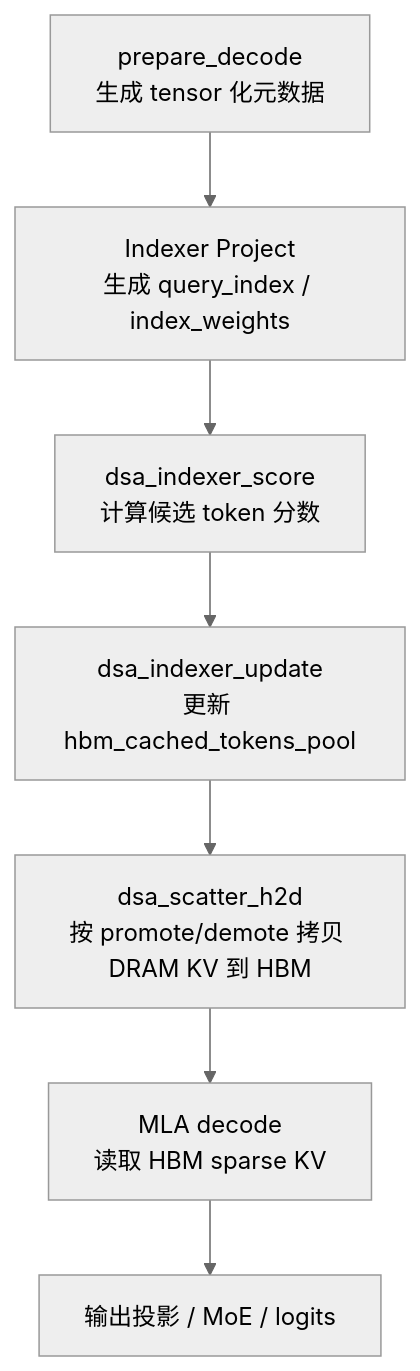
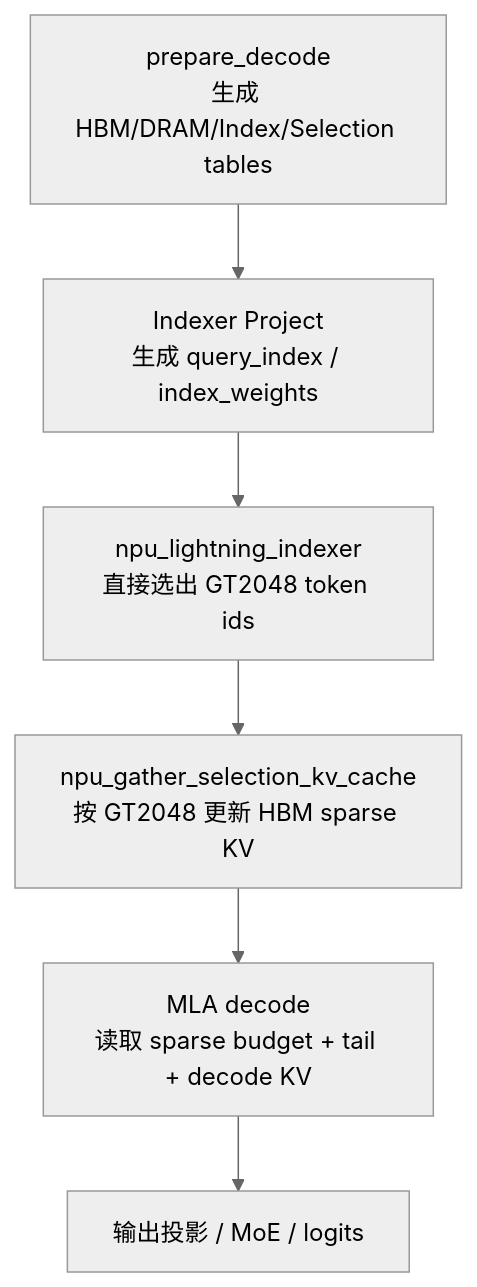
The third of 3 diagrams in DSA-offload设计文档.md (xwLearnsLLM/nanovllm-DSA-offload), drawn with Mermaid (neutral theme) before and after one commit. The commit also changed other lines of this file, not shown here.

````diff
--- a/DSA-offload设计文档.md
+++ b/DSA-offload设计文档.md
@@ -186,9 +203,8 @@
 ```mermaid
 flowchart TD
-    A["prepare_decode<br/>生成 tensor 化元数据"] --> B["Indexer Project<br/>生成 query_index / index_weights"]
-    B --> C["dsa_indexer_score<br/>计算候选 token 分数"]
-    C --> D["dsa_indexer_update<br/>更新 hbm_cached_tokens_pool"]
-    D --> E["dsa_scatter_h2d<br/>按 promote/demote 拷贝 DRAM KV 到 HBM"]
-    E --> F["MLA decode<br/>读取 HBM sparse KV"]
-    F --> G["输出投影 / MoE / logits"]
+    A["prepare_decode<br/>生成 HBM/DRAM/Index/Selection tables"] --> B["Indexer Project<br/>生成 query_index / index_weights"]
+    B --> C["npu_lightning_indexer<br/>直接选出 GT2048 token ids"]
+    C --> D["npu_gather_selection_kv_cache<br/>按 GT2048 更新 HBM sparse KV"]
+    D --> E["MLA decode<br/>读取 sparse budget + tail + decode KV"]
+    E --> F["输出投影 / MoE / logits"]
 ```
````
